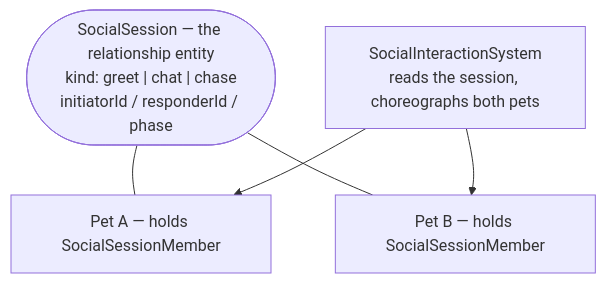
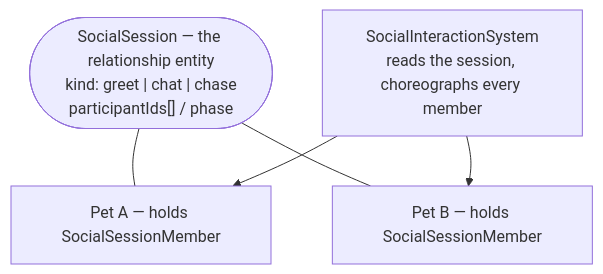
Before and after one commit to young1the/pets-driven: the third of 3 diagrams in CONTEXT.md, drawn with Mermaid. The commit also changed other lines of this file, not shown here.

First line of the commit message:
docs(context): align social-session and motion vocabulary with code

````diff
--- a/CONTEXT.md
+++ b/CONTEXT.md
@@ -388,12 +389,12 @@
 ```mermaid
 flowchart TD
-    Session(["SocialSession — the relationship entity<br/>kind: greet | chat | chase<br/>initiatorId / responderId / phase"])
+    Session(["SocialSession — the relationship entity<br/>kind: greet | chat | chase<br/>participantIds[] / phase"])
     PetA["Pet A — holds SocialSessionMember"]
     PetB["Pet B — holds SocialSessionMember"]
-    System["SocialInteractionSystem<br/>reads the session, choreographs both pets"]
+    System["SocialInteractionSystem<br/>reads the session, choreographs every member"]
 
     Session --- PetA
     Session --- PetB
     System --> PetA
     System --> PetB
 ```
````
